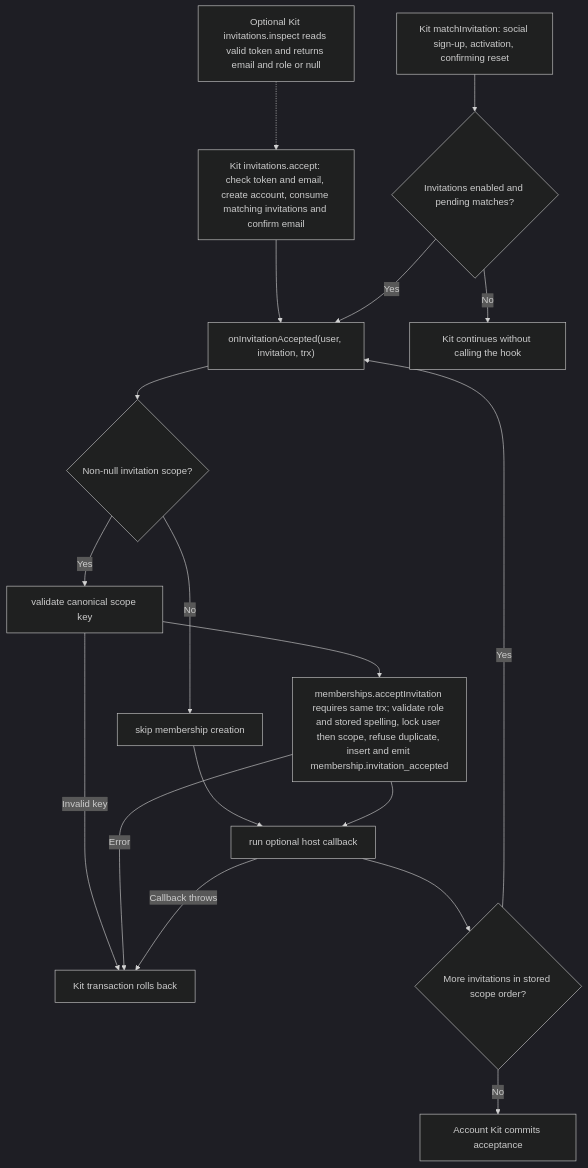
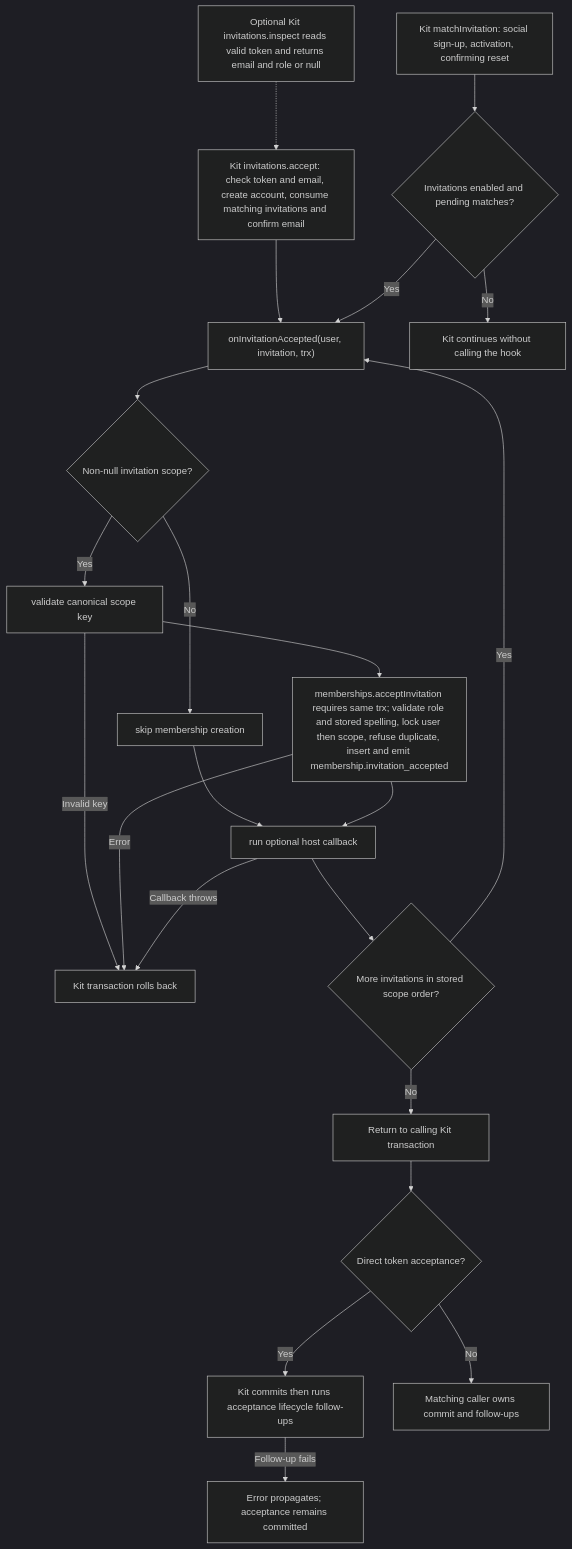
Before and after one commit to Kevinjohn/oss-adonisjs-access-control: the second of 2 diagrams in user-stories/US-ACCESS-10-accept-invitation.md, drawn with Mermaid (dark theme). The commit also changed other lines of this file and 18 other files, not shown here.

Commit message:
Reconcile access control story flows

````diff
--- a/user-stories/US-ACCESS-10-accept-invitation.md
+++ b/user-stories/US-ACCESS-10-accept-invitation.md
@@ -48,20 +48,24 @@
 ```mermaid
 flowchart TD
     P["Optional Kit invitations.inspect reads valid token and returns email and role or null"] -.-> K1
     K1["Kit invitations.accept: check token and email, create account, consume matching invitations and confirm email"] --> A
     K2["Kit matchInvitation: social sign-up, activation, confirming reset"] --> M{"Invitations enabled and pending matches?"}
     M -->|No| L["Kit continues without calling the hook"]
     M -->|Yes| A
     A["onInvitationAccepted(user, invitation, trx)"] --> B{"Non-null invitation scope?"}
     B -->|No| C["skip membership creation"]
     C --> F
     B -->|Yes| D["validate canonical scope key"]
     D --> E["memberships.acceptInvitation requires same trx; validate role and stored spelling, lock user then scope, refuse duplicate, insert and emit membership.invitation_accepted"]
     D -->|Invalid key| X["Kit transaction rolls back"]
     E -->|Error| X
     E --> F["run optional host callback"]
     F -->|Callback throws| X
     F --> N{"More invitations in stored scope order?"}
     N -->|Yes| A
-    N -->|No| G["Account Kit commits acceptance"]
+    N -->|No| G["Return to calling Kit transaction"]
+    G --> J{"Direct token acceptance?"}
+    J -->|Yes| H["Kit commits then runs acceptance lifecycle follow-ups"]
+    H -->|Follow-up fails| Y["Error propagates; acceptance remains committed"]
+    J -->|No| Z["Matching caller owns commit and follow-ups"]
 ```
````
